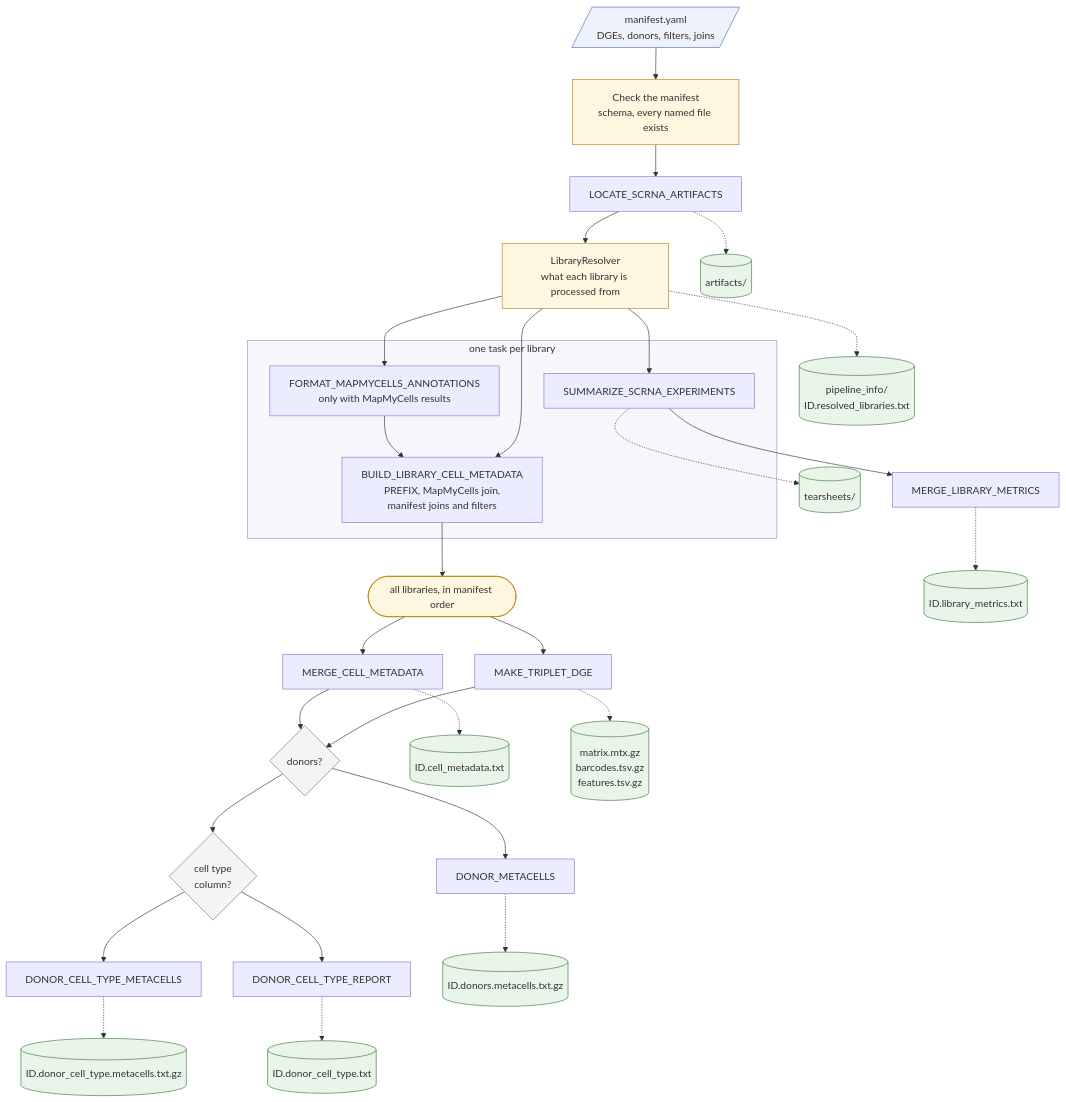
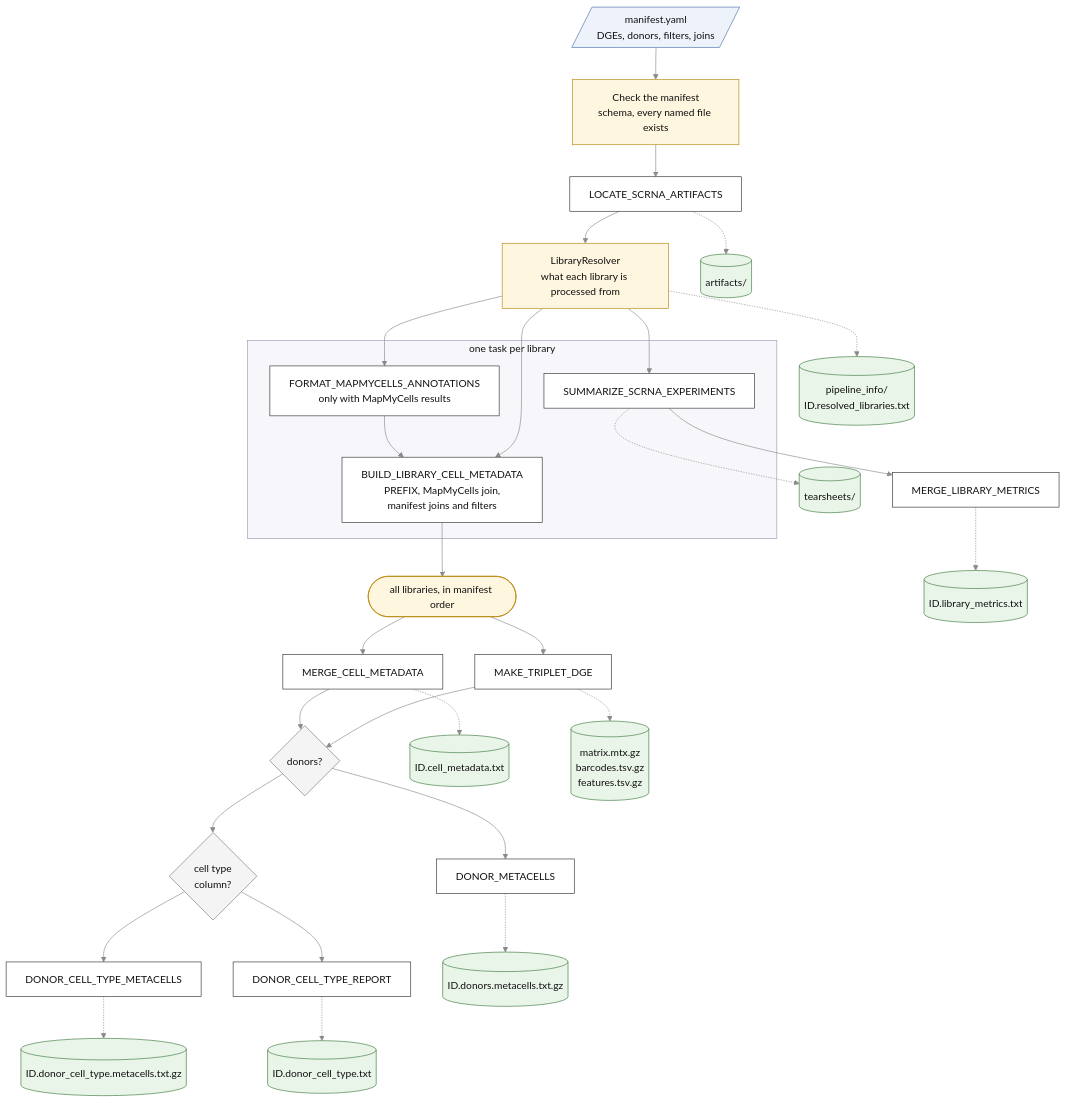
Before and after one commit to broadinstitute/mccarroll-scrna-aggregation: the diagram in README.md, drawn with Mermaid.

Commit message:
README figure: fixed palette so it reads in light and dark themes

````diff
--- a/README.md
+++ b/README.md
@@ -20,69 +20,72 @@
 ```mermaid
+%%{init: {"theme": "base", "themeVariables": {"primaryColor": "#ffffff", "primaryTextColor": "#111111", "primaryBorderColor": "#333333", "lineColor": "#8a8a8a", "clusterBkg": "#f7f7fb", "clusterBorder": "#9a9ab8", "titleColor": "#111111"}}}%%
 flowchart TD
     manifest[/"manifest.yaml<br/>DGEs, donors, filters, joins"/]:::input
 
     check["Check the manifest<br/>schema, every named file exists"]:::head
     locate["LOCATE_SCRNA_ARTIFACTS"]
     resolve["LibraryResolver<br/>what each library is processed from"]:::head
 
     manifest --> check --> locate --> resolve
 
     subgraph per_library ["one task per library"]
         summarize["SUMMARIZE_SCRNA_EXPERIMENTS"]
         format["FORMAT_MAPMYCELLS_ANNOTATIONS<br/>only with MapMyCells results"]
         build["BUILD_LIBRARY_CELL_METADATA<br/>PREFIX, MapMyCells join,<br/>manifest joins and filters"]
         format --> build
     end
 
     resolve --> summarize
     resolve --> format
     resolve --> build
 
     merge_metrics["MERGE_LIBRARY_METRICS"]
     summarize --> merge_metrics
 
     sorted(["all libraries, in manifest order"]):::head
     merge_cells["MERGE_CELL_METADATA"]
     triplet["MAKE_TRIPLET_DGE"]
     build --> sorted
     sorted --> merge_cells
     sorted --> triplet
 
     has_donors{"donors?"}:::gate
     has_cell_type{"cell type<br/>column?"}:::gate
     donor_metacells["DONOR_METACELLS"]
     cell_type_metacells["DONOR_CELL_TYPE_METACELLS"]
     report["DONOR_CELL_TYPE_REPORT"]
     merge_cells --> has_donors
     triplet --> has_donors
     has_donors --> donor_metacells
     has_donors --> has_cell_type
     has_cell_type --> cell_type_metacells
     has_cell_type --> report
 
     out_artifacts[("artifacts/")]:::output
     out_summary[("pipeline_info/<br/>ID.resolved_libraries.txt")]:::output
     out_tearsheets[("tearsheets/")]:::output
     out_metrics[("ID.library_metrics.txt")]:::output
     out_cells[("ID.cell_metadata.txt")]:::output
     out_matrix[("matrix.mtx.gz<br/>barcodes.tsv.gz<br/>features.tsv.gz")]:::output
     out_donor[("ID.donors.metacells.txt.gz")]:::output
     out_cell_type[("ID.donor_cell_type.metacells.txt.gz")]:::output
     out_report[("ID.donor_cell_type.txt")]:::output
 
     locate -.-> out_artifacts
     resolve -.-> out_summary
     summarize -.-> out_tearsheets
     merge_metrics -.-> out_metrics
     merge_cells -.-> out_cells
     triplet -.-> out_matrix
     donor_metacells -.-> out_donor
     cell_type_metacells -.-> out_cell_type
     report -.-> out_report
 
-    classDef input fill:#eef3fb,stroke:#4a6fa5
-    classDef head fill:#fff6e0,stroke:#b8860b
-    classDef gate fill:#f4f4f4,stroke:#777777
-    classDef output fill:#eaf5ea,stroke:#3d7a3d
-    style per_library fill:#f7f7fb,stroke:#9a9ab8
+    classDef default fill:#ffffff,stroke:#333333,color:#111111
+    classDef input fill:#eef3fb,stroke:#4a6fa5,color:#111111
+    classDef head fill:#fff6e0,stroke:#b8860b,color:#111111
+    classDef gate fill:#f4f4f4,stroke:#777777,color:#111111
+    classDef output fill:#eaf5ea,stroke:#3d7a3d,color:#111111
+    style per_library fill:#f7f7fb,stroke:#9a9ab8,color:#111111
+    linkStyle default stroke:#8a8a8a
 ```
````
